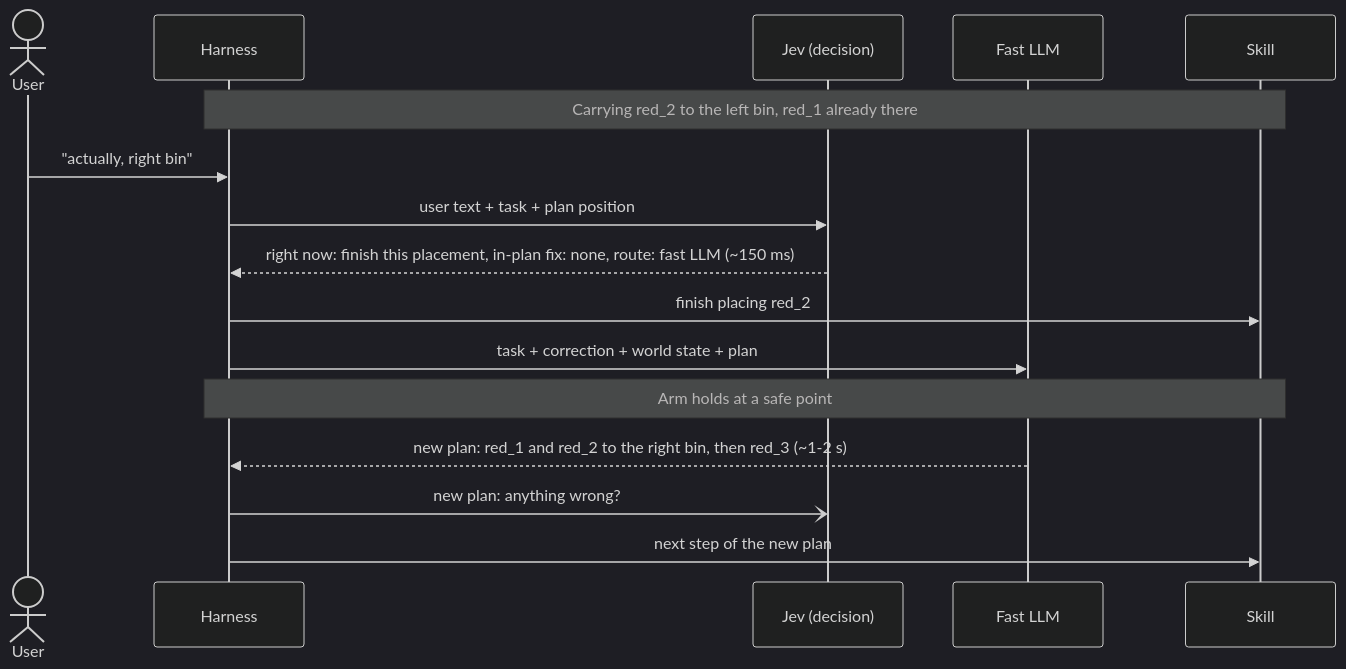
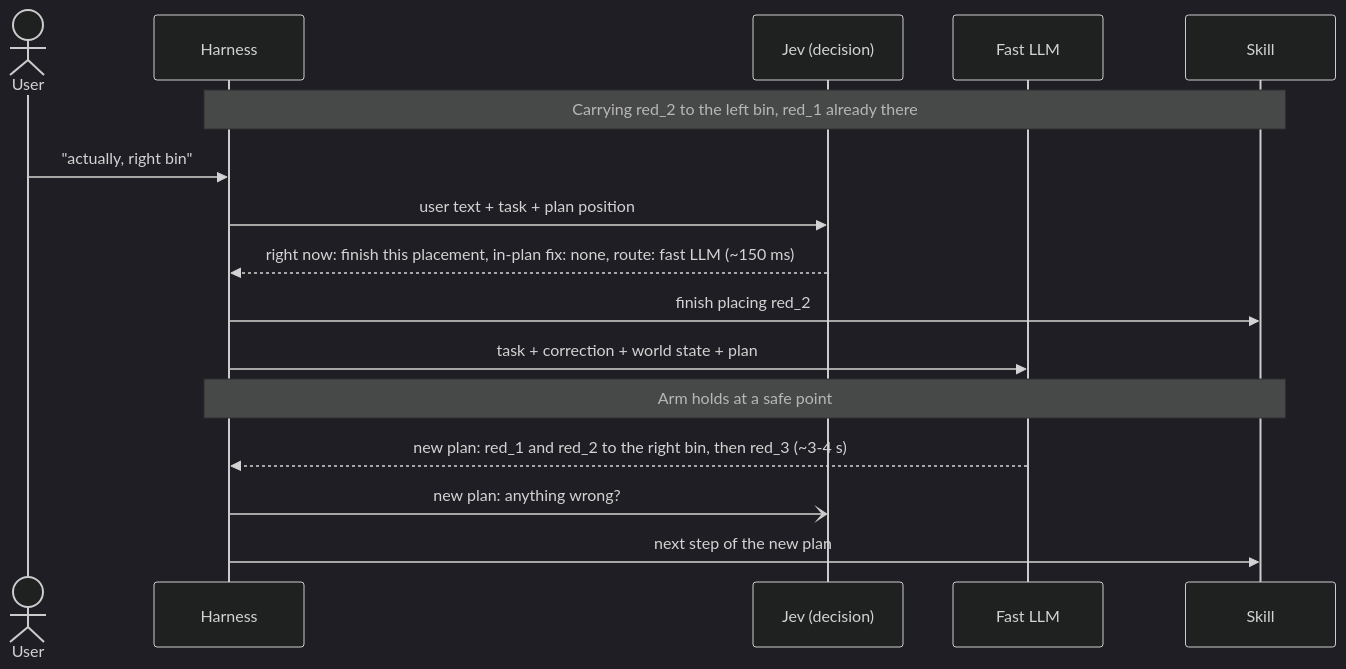
One commit to alee792/robojev changed the fourth of 7 diagrams in docs/v2-diagrams.md. Above: the diagram before and after it, drawn with Mermaid (dark theme). The commit also changed other lines of this file and 1 other file, not shown here.

````diff
--- a/docs/v2-diagrams.md
+++ b/docs/v2-diagrams.md
@@ -122,19 +122,19 @@
 ```mermaid
 sequenceDiagram
     actor U as User
     participant H as Harness
     participant J as Jev (decision)
     participant L as Fast LLM
     participant K as Skill
 
     Note over H,K: Carrying red_2 to the left bin, red_1 already there
     U->>H: "actually, right bin"
     H->>J: user text + task + plan position
     J-->>H: right now: finish this placement, in-plan fix: none, route: fast LLM (~150 ms)
     H->>K: finish placing red_2
     H->>L: task + correction + world state + plan
     Note over H,K: Arm holds at a safe point
-    L-->>H: new plan: red_1 and red_2 to the right bin, then red_3 (~1-2 s)
+    L-->>H: new plan: red_1 and red_2 to the right bin, then red_3 (~3-4 s)
     H-)J: new plan: anything wrong?
     H->>K: next step of the new plan
 ```
````
